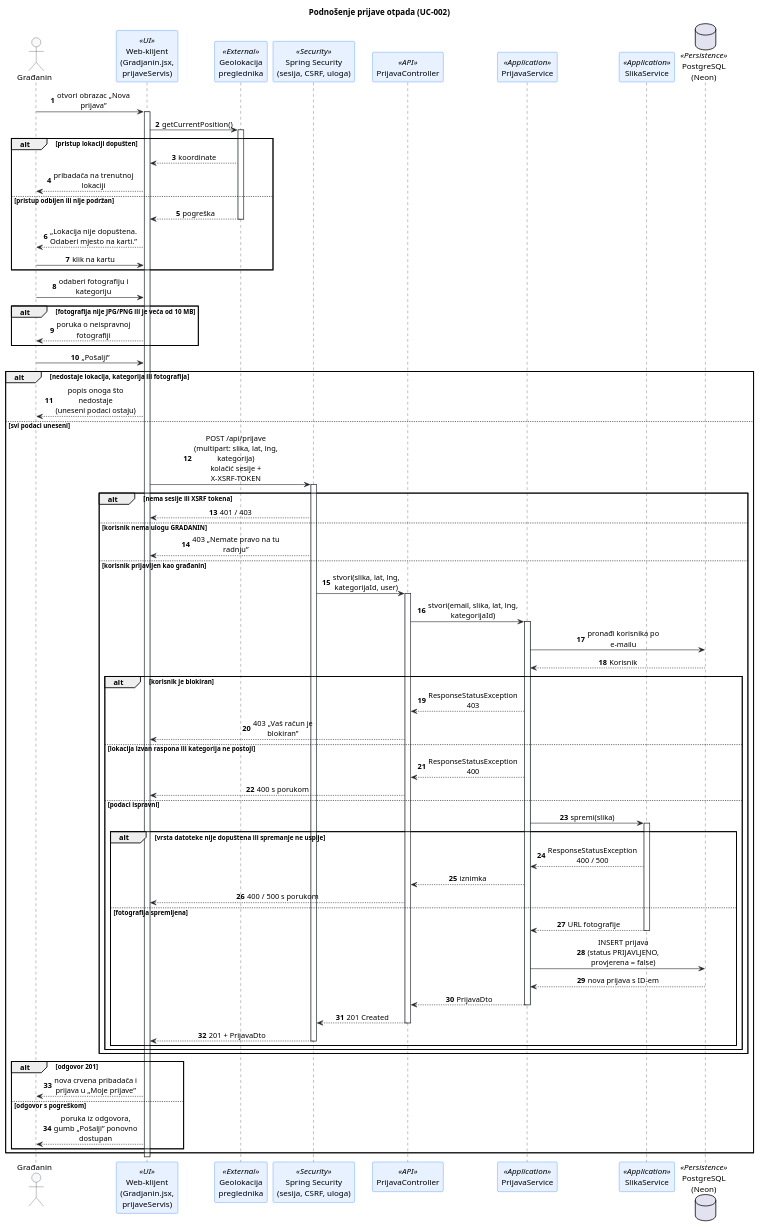
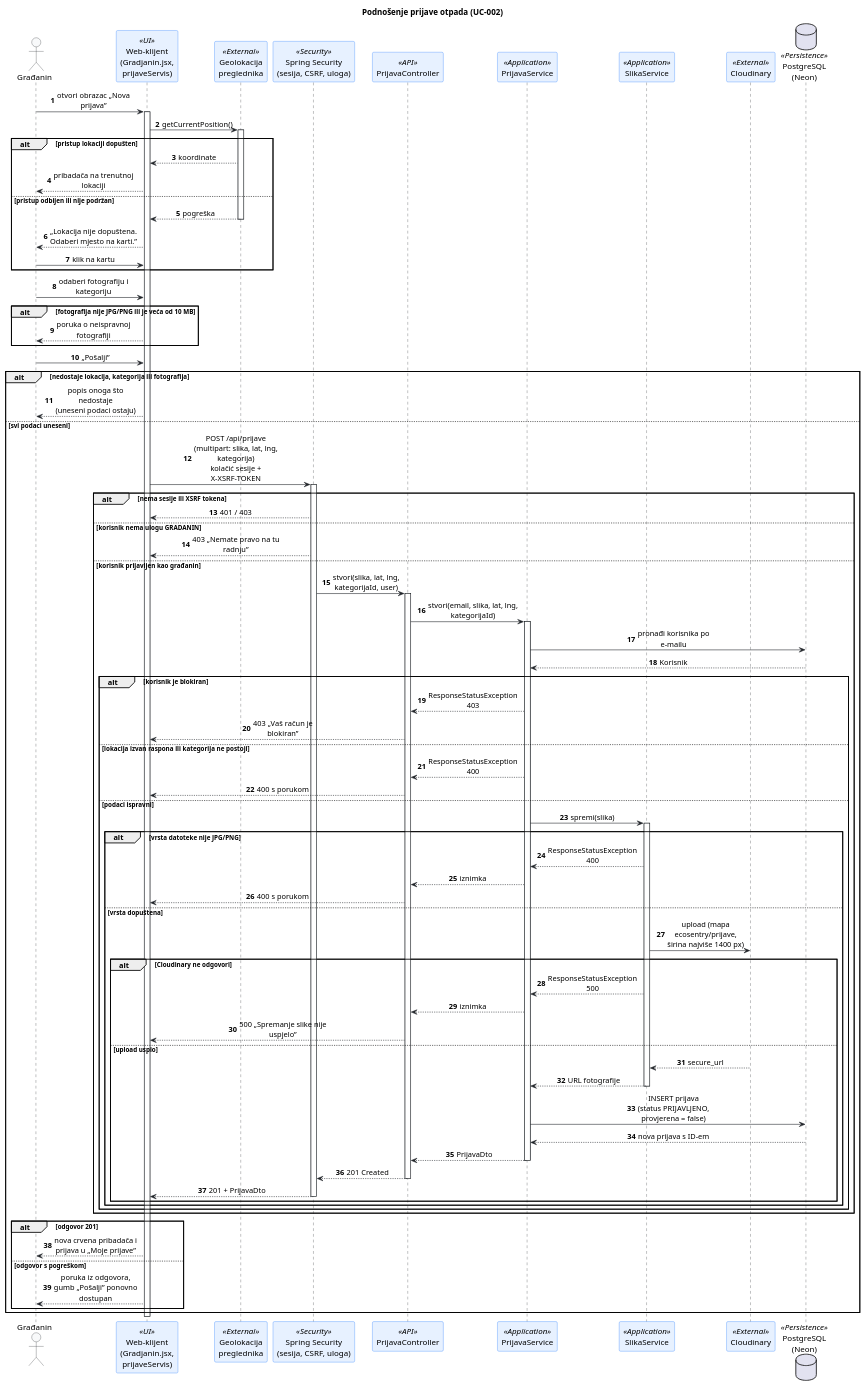
The diagram in docs/puml/4-4-ecosentry-report-submission-SD.puml (garbage-collectors-fer/garbage-collectors), drawn with PlantUML before and after one commit. The commit also changed other lines of this file and 1 other file, not shown here.

```diff
--- a/docs/puml/4-4-ecosentry-report-submission-SD.puml
+++ b/docs/puml/4-4-ecosentry-report-submission-SD.puml
@@ -20,108 +20,117 @@
 @startuml
 title Podnošenje prijave otpada (UC-002)
 
 skinparam maxMessageSize 160
 skinparam shadowing false
 skinparam defaultFontName Arial
 skinparam sequenceMessageAlign center
 skinparam ArrowColor #212529
 
 skinparam sequence {
     ParticipantBackgroundColor #E7F1FF
     ParticipantBorderColor #0D6EFD
     ActorBackgroundColor #F8F9FA
     ActorBorderColor #212529
     LifeLineBorderColor #212529
 }
 
 autonumber
 
 ' ==============================================================================
 ' Sudionici
 ' ==============================================================================
 actor "Građanin" as User
 participant "Web-klijent\n(Gradjanin.jsx,\nprijaveServis)" as Web <<UI>>
 participant "Geolokacija\npreglednika" as Geo <<External>>
 participant "Spring Security\n(sesija, CSRF, uloga)" as Sec <<Security>>
 participant "PrijavaController" as Ctrl <<API>>
 participant "PrijavaService" as Svc <<Application>>
 participant "SlikaService" as Img <<Application>>
+participant "Cloudinary" as Cld <<External>>
 database "PostgreSQL\n(Neon)" as DB <<Persistence>>
 
 ' ==============================================================================
 ' Faza 1: određivanje lokacije
 ' ==============================================================================
 User -> Web++ : otvori obrazac „Nova prijava”
 Web -> Geo++ : getCurrentPosition()
 
 alt pristup lokaciji dopušten
   Geo --> Web : koordinate
   Web --> User : pribadača na trenutnoj lokaciji
 else pristup odbijen ili nije podržan
   Geo --> Web-- : pogreška
   Web --> User : „Lokacija nije dopuštena. Odaberi mjesto na karti.”
   User -> Web : klik na kartu
 end
 
 ' ==============================================================================
 ' Faza 2: fotografija, kategorija i provjere na klijentu
 ' ==============================================================================
 User -> Web : odaberi fotografiju i kategoriju
 
 alt fotografija nije JPG/PNG ili je veća od 10 MB
   Web --> User : poruka o neispravnoj fotografiji
 end
 
 User -> Web : „Pošalji”
 
 alt nedostaje lokacija, kategorija ili fotografija
   Web --> User : popis onoga što nedostaje\n(uneseni podaci ostaju)
 else svi podaci uneseni
 
   ' ============================================================================
   ' Faza 3: poslužitelj
   ' ============================================================================
   Web -> Sec++ : POST /api/prijave (multipart: slika, lat, lng, kategorija)\nkolačić sesije + X-XSRF-TOKEN
 
   alt nema sesije ili XSRF tokena
     Sec --> Web : 401 / 403
   else korisnik nema ulogu GRADANIN
     Sec --> Web : 403 „Nemate pravo na tu radnju”
   else korisnik prijavljen kao građanin
     Sec -> Ctrl++ : stvori(slika, lat, lng, kategorijaId, user)
     Ctrl -> Svc++ : stvori(email, slika, lat, lng, kategorijaId)
     Svc -> DB : pronađi korisnika po e-mailu
     DB --> Svc : Korisnik
 
     alt korisnik je blokiran
       Svc --> Ctrl : ResponseStatusException 403
       Ctrl --> Web : 403 „Vaš račun je blokiran”
     else lokacija izvan raspona ili kategorija ne postoji
       Svc --> Ctrl : ResponseStatusException 400
       Ctrl --> Web : 400 s porukom
     else podaci ispravni
       Svc -> Img++ : spremi(slika)
-      alt vrsta datoteke nije dopuštena ili spremanje ne uspije
-        Img --> Svc : ResponseStatusException 400 / 500
+      alt vrsta datoteke nije JPG/PNG
+        Img --> Svc : ResponseStatusException 400
         Svc --> Ctrl : iznimka
-        Ctrl --> Web : 400 / 500 s porukom
-      else fotografija spremljena
-        Img --> Svc-- : URL fotografije
-        Svc -> DB : INSERT prijava\n(status PRIJAVLJENO, provjerena = false)
-        DB --> Svc : nova prijava s ID-em
-        Svc --> Ctrl-- : PrijavaDto
-        Ctrl --> Sec-- : 201 Created
-        Sec --> Web-- : 201 + PrijavaDto
+        Ctrl --> Web : 400 s porukom
+      else vrsta dopuštena
+        Img -> Cld : upload (mapa ecosentry/prijave,\nširina najviše 1400 px)
+        alt Cloudinary ne odgovori
+          Img --> Svc : ResponseStatusException 500
+          Svc --> Ctrl : iznimka
+          Ctrl --> Web : 500 „Spremanje slike nije uspjelo”
+        else upload uspio
+          Cld --> Img : secure_url
+          Img --> Svc-- : URL fotografije
+          Svc -> DB : INSERT prijava\n(status PRIJAVLJENO, provjerena = false)
+          DB --> Svc : nova prijava s ID-em
+          Svc --> Ctrl-- : PrijavaDto
+          Ctrl --> Sec-- : 201 Created
+          Sec --> Web-- : 201 + PrijavaDto
+        end
       end
     end
   end
 
   alt odgovor 201
     Web --> User : nova crvena pribadača i prijava u „Moje prijave”
   else odgovor s pogreškom
     Web --> User : poruka iz odgovora, gumb „Pošalji” ponovno dostupan
   end
 end
 
 deactivate Web
 @enduml
```
